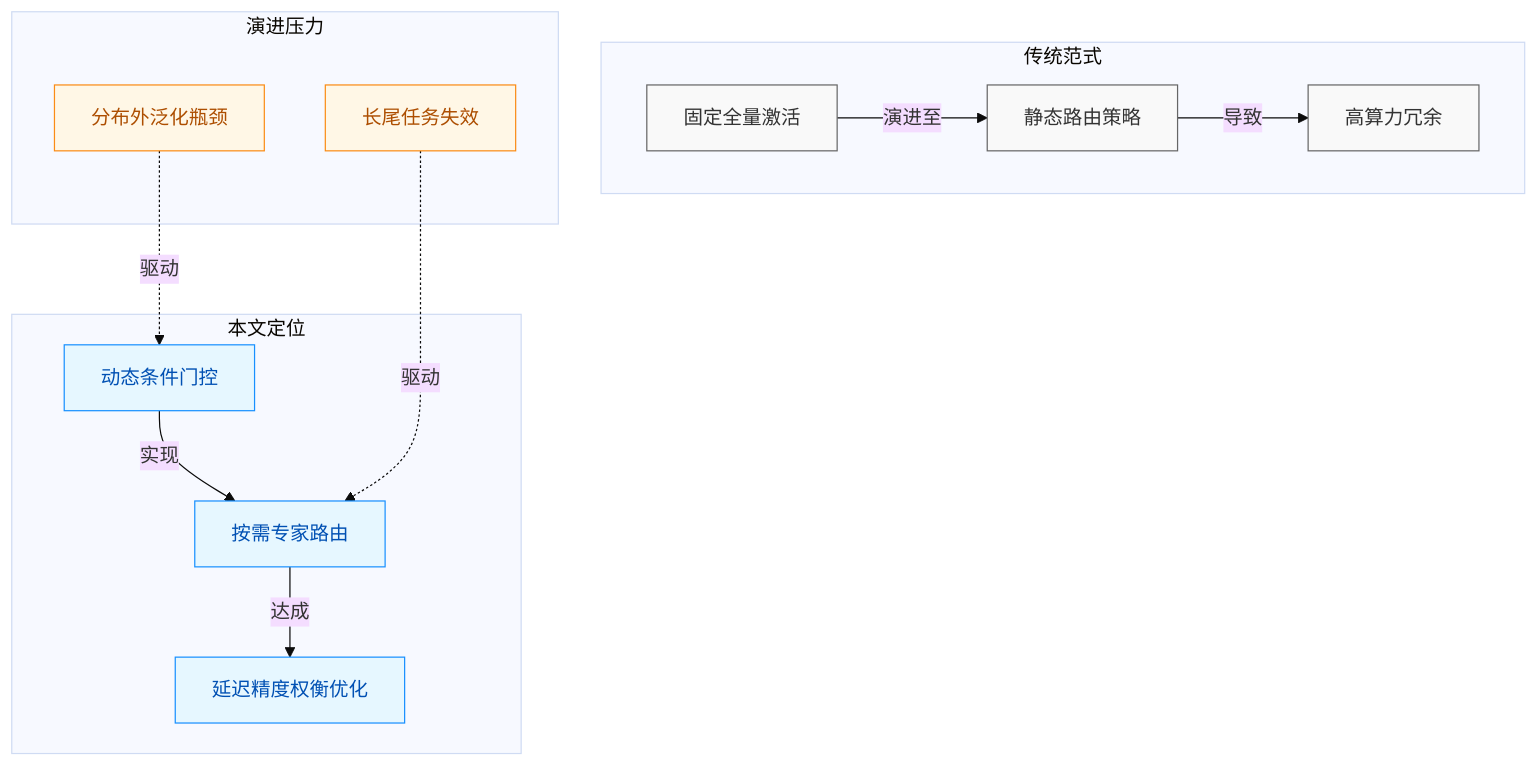
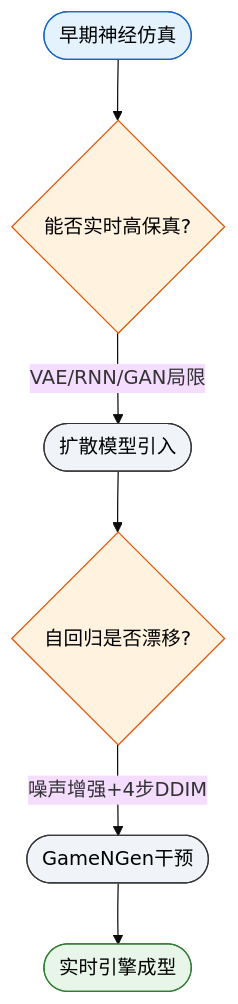
The tenth of 10 diagrams in person_vault/2026-06-08_DiffusionModelsAreRealTimeGameEngines_2408.14837/report.md (ShinewineW/paper-rolling), drawn with Mermaid (base theme) before and after one commit. The commit also changed other lines of this file and 51 other files, not shown here.

````diff
--- a/person_vault/2026-06-08_DiffusionModelsAreRealTimeGameEngines_2408.14837/report.md
+++ b/person_vault/2026-06-08_DiffusionModelsAreRealTimeGameEngines_2408.14837/report.md
@@ -474,25 +605,13 @@
 ```mermaid
-flowchart TB
-    classDef legacy fill:#f9f9f9,stroke:#666,color:#333;
-    classDef proposed fill:#e6f7ff,stroke:#1890ff,color:#0050b3;
-    classDef future fill:#fff7e6,stroke:#fa8c16,color:#ad4e00;
+flowchart TD
+    classDef start_end fill:#e3f2fd,stroke:#1565c0,color:#000;
+    classDef process fill:#f0f4f8,stroke:#333,color:#000;
+    classDef decision fill:#fff3e0,stroke:#e65100,color:#000;
+    classDef outcome fill:#e8f5e9,stroke:#2e7d32,color:#000;
 
-    subgraph 传统范式
-        A["固定全量激活"] -->|演进至| B["静态路由策略"]
-        B -->|导致| C["高算力冗余"]
-    end
-
-    subgraph 本文定位
-        D["动态条件门控"] -->|实现| E["按需专家路由"]
-        E -->|达成| F["延迟精度权衡优化"]
-    end
-
-    subgraph 演进压力
-        G["分布外泛化瓶颈"] -.->|驱动| D
-        H["长尾任务失效"] -.->|驱动| E
-    end
-
-    class A,B,C legacy;
-    class D,E,F proposed;
-    class G,H future;
+    A(["早期神经仿真"]):::start_end --> B{能否实时高保真?}:::decision
+    B -->|VAE/RNN/GAN局限| C(["扩散模型引入"]):::process
+    C --> D{自回归是否漂移?}:::decision
+    D -->|噪声增强+4步DDIM| E(["GameNGen干预"]):::process
+    E --> F(["实时引擎成型"]):::outcome
 ```
````
